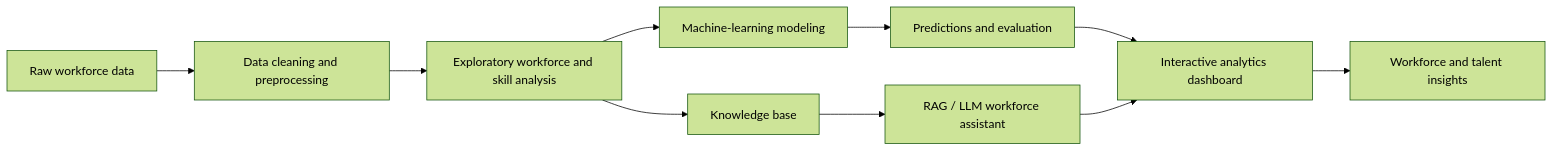
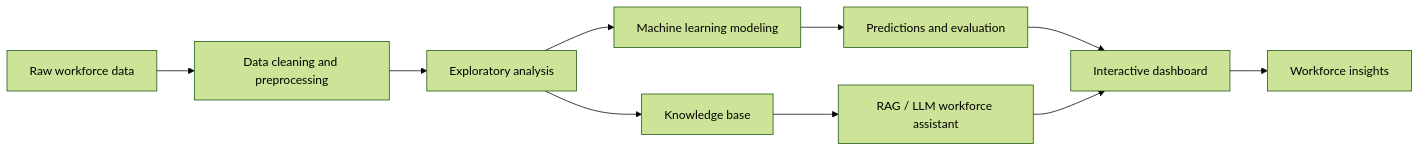
One commit to sanjay-22-bhargav/Creation-of-Workforce-Insights-Dashboard-for-Employee-Skill-and-Analytics changed the diagram in README.md. Above: the diagram before and after it, drawn with Mermaid (forest theme). The commit also changed other lines of this file, not shown here.

Commit message:
Improve README with model metrics, dashboard screenshots, and installation instructions

````diff
--- a/README.md
+++ b/README.md
@@ -43,12 +103,12 @@
 ```mermaid
 flowchart LR
     A[Raw workforce data] --> B[Data cleaning and preprocessing]
-    B --> C[Exploratory workforce and skill analysis]
-    C --> D[Machine-learning modeling]
+    B --> C[Exploratory analysis]
+    C --> D[Machine learning modeling]
     D --> E[Predictions and evaluation]
     C --> F[Knowledge base]
     F --> G[RAG / LLM workforce assistant]
-    E --> H[Interactive analytics dashboard]
+    E --> H[Interactive dashboard]
     G --> H
-    H --> I[Workforce and talent insights]
+    H --> I[Workforce insights]
 ```
````
